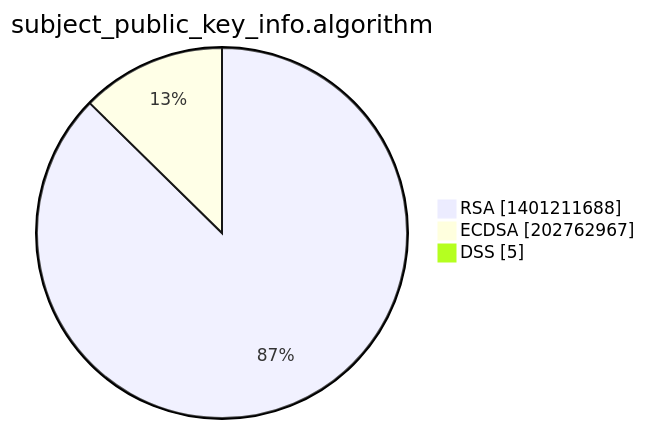
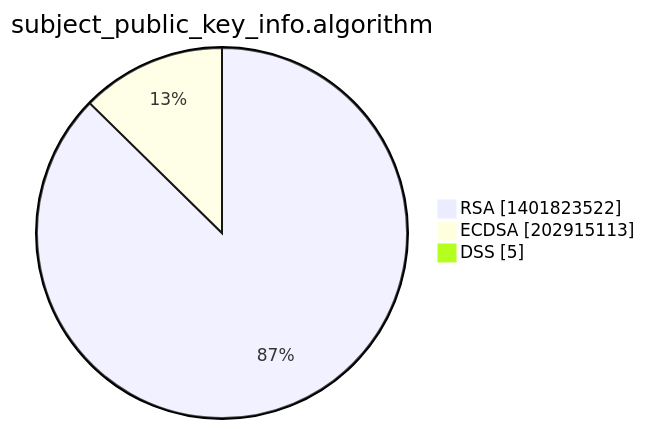
Before and after one commit to christiankrug/ctmonitor_visualization: the third of 15 diagrams in xenon2022/README.md, drawn with Mermaid. The commit also changed other lines of this file, not shown here.

````diff
--- a/xenon2022/README.md
+++ b/xenon2022/README.md
@@ -14,7 +14,7 @@
 ```mermaid
 pie showData
 title subject_public_key_info.algorithm
-"RSA" :1401211688
-"ECDSA" :202762967
+"RSA" :1401823522
+"ECDSA" :202915113
 "DSS" :5
 ```
````
